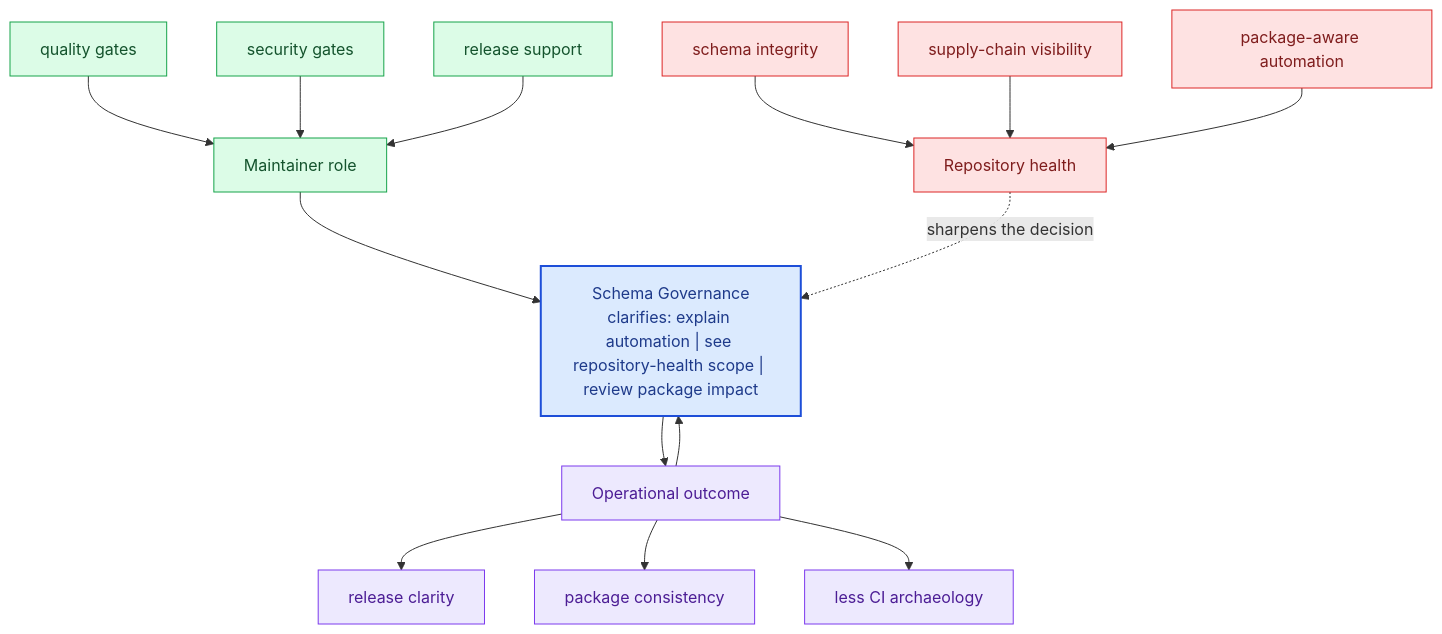
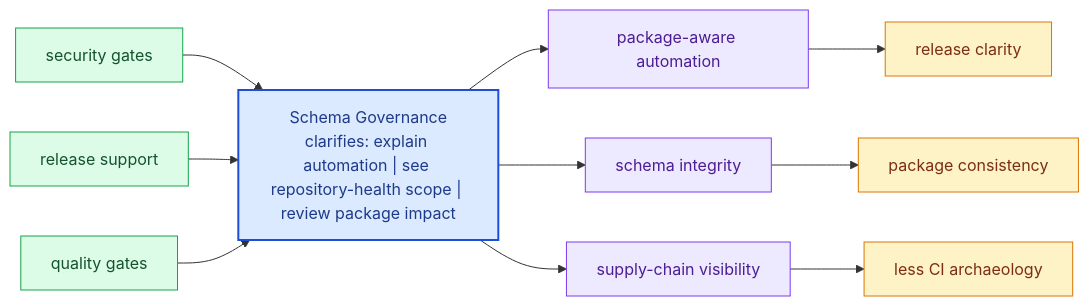
Before and after one commit to bijux/bijux-canon: the diagram in docs/bijux-canon-dev/schema-governance.md, drawn with Mermaid. The commit also changed other lines of this file and 281 other files, not shown here.

Commit message:
docs(diagrams): replace repeated mermaid scaffolds with page-specific summaries

````diff
--- a/docs/bijux-canon-dev/schema-governance.md
+++ b/docs/bijux-canon-dev/schema-governance.md
@@ -68,40 +23,31 @@
 ```mermaid
-flowchart TB
-    promise["Schema Governance<br/>clarifies: explain automation | see repository-health scope | review package impact"]
-    classDef promise fill:#dbeafe,stroke:#1d4ed8,color:#1e3a8a,stroke-width:2px;
-    classDef driver fill:#dcfce7,stroke:#16a34a,color:#14532d;
-    classDef constraint fill:#fee2e2,stroke:#dc2626,color:#7f1d1d;
-    classDef ground fill:#ede9fe,stroke:#7c3aed,color:#4c1d95;
-    focus1["Maintainer role"]
-    focus1 --> promise
-    focus1_1["quality gates"]
-    focus1_1 --> focus1
-    focus1_2["security gates"]
-    focus1_2 --> focus1
-    focus1_3["release support"]
-    focus1_3 --> focus1
-    class focus1 driver;
-    class focus1_1,focus1_2,focus1_3 driver;
-    focus2["Repository health"]
-    focus2 -.sharpens the decision.-> promise
-    focus2_1["schema integrity"]
-    focus2_1 --> focus2
-    focus2_2["supply-chain visibility"]
-    focus2_2 --> focus2
-    focus2_3["package-aware automation"]
-    focus2_3 --> focus2
-    class focus2 constraint;
-    class focus2_1,focus2_2,focus2_3 constraint;
-    focus3["Operational outcome"]
-    focus3 --> promise
-    promise --> focus3
-    focus3_1["release clarity"]
-    focus3 --> focus3_1
-    focus3_2["package consistency"]
-    focus3 --> focus3_2
-    focus3_3["less CI archaeology"]
-    focus3 --> focus3_3
-    class focus3 ground;
-    class focus3_1,focus3_2,focus3_3 ground;
-    class promise promise;
+flowchart LR
+    page["Schema Governance<br/>clarifies: explain automation | see repository-health scope | review package impact"]
+    classDef page fill:#dbeafe,stroke:#1d4ed8,color:#1e3a8a,stroke-width:2px;
+    classDef positive fill:#dcfce7,stroke:#16a34a,color:#14532d;
+    classDef caution fill:#fee2e2,stroke:#dc2626,color:#7f1d1d;
+    classDef anchor fill:#ede9fe,stroke:#7c3aed,color:#4c1d95;
+    classDef action fill:#fef3c7,stroke:#d97706,color:#7c2d12;
+    role1["security gates"]
+    role1 --> page
+    role2["release support"]
+    role2 --> page
+    role3["quality gates"]
+    role3 --> page
+    health1["package-aware automation"]
+    page --> health1
+    health2["schema integrity"]
+    page --> health2
+    health3["supply-chain visibility"]
+    page --> health3
+    outcome1["release clarity"]
+    health1 --> outcome1
+    outcome2["package consistency"]
+    health2 --> outcome2
+    outcome3["less CI archaeology"]
+    health3 --> outcome3
+    class page page;
+    class role1,role2,role3 positive;
+    class health1,health2,health3 anchor;
+    class outcome1,outcome2,outcome3 action;
 ```
````
